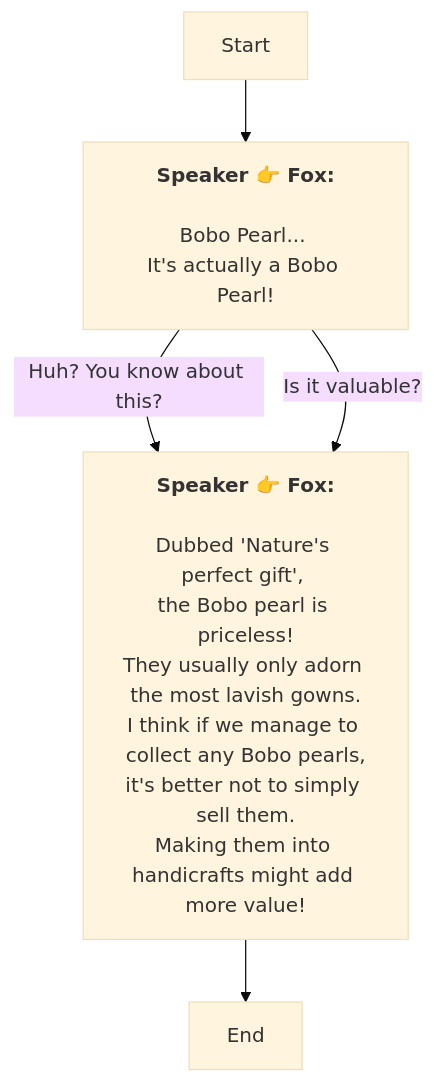
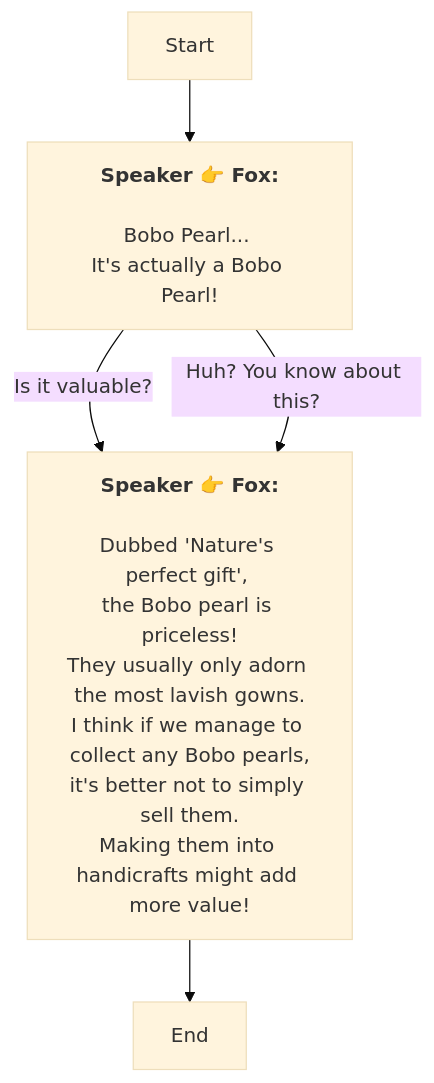
Before and after one commit to SoftHu/tos_avg: the diagram in En/AddDialogNode_1739685449430269.md, drawn with Mermaid (base theme). The commit also changed other lines of this file and 780 other files, not shown here.

````diff
--- a/En/AddDialogNode_1739685449430269.md
+++ b/En/AddDialogNode_1739685449430269.md
@@ -1,20 +1,20 @@
 ```mermaid
 graph
 Start -->1739686357522688[<b>Speaker 👉 Fox:</b>
 \nBobo Pearl... 
 It's actually a Bobo Pearl!]
-1739686357522688 -->|Huh? You know about this?|1739687931096326[<b>Speaker 👉 Fox:</b>
+1739686357522688 -->|Is it valuable?|1739687931096326[<b>Speaker 👉 Fox:</b>
 \nDubbed 'Nature's perfect gift', 
 the Bobo pearl is priceless!
 They usually only adorn the most lavish gowns.\nI think if we manage to collect any Bobo pearls,
 it's better not to simply sell them.
 Making them into handicrafts might add more value!]
-1739686357522688 -->|Is it valuable?|1739687931096326[<b>Speaker 👉 Fox:</b>
+1739686357522688 -->|Huh? You know about this?|1739687931096326[<b>Speaker 👉 Fox:</b>
 \nDubbed 'Nature's perfect gift', 
 the Bobo pearl is priceless!
 They usually only adorn the most lavish gowns.\nI think if we manage to collect any Bobo pearls,
 it's better not to simply sell them.
 Making them into handicrafts might add more value!]
 1739687931096326 -->1739688331585799[End]
 
 ```
````
